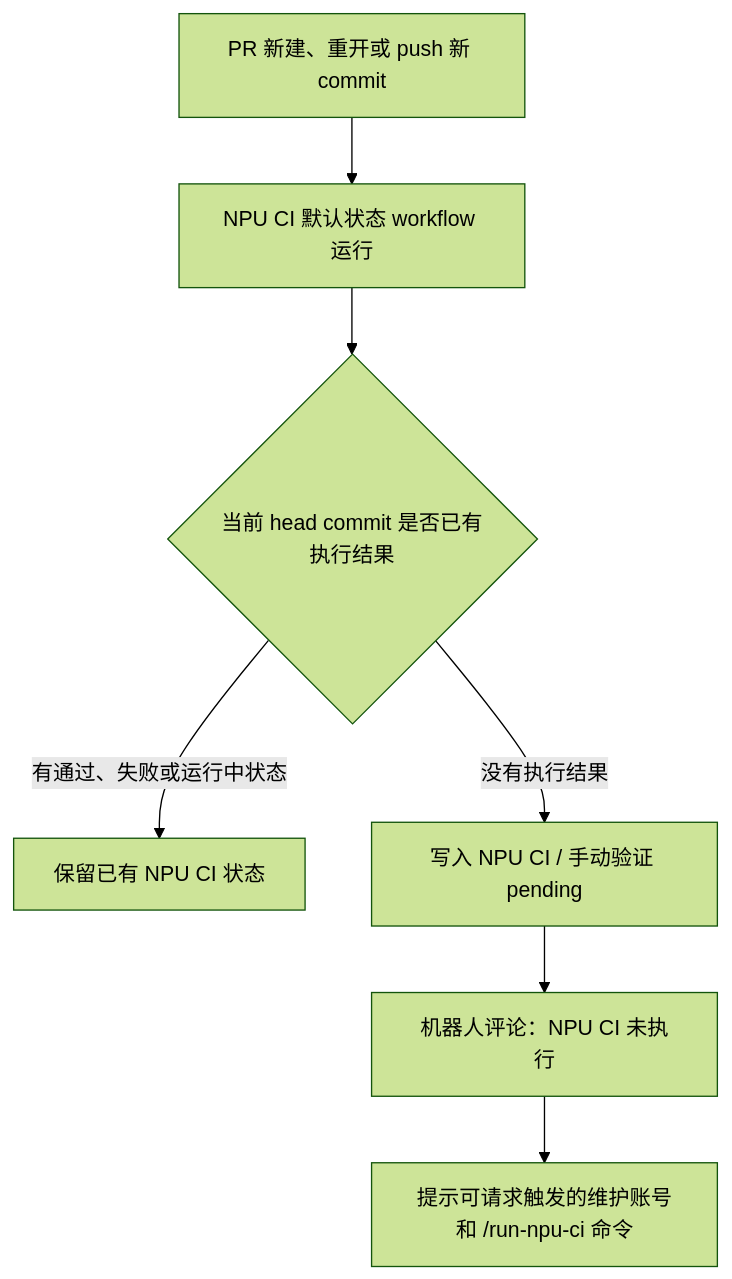
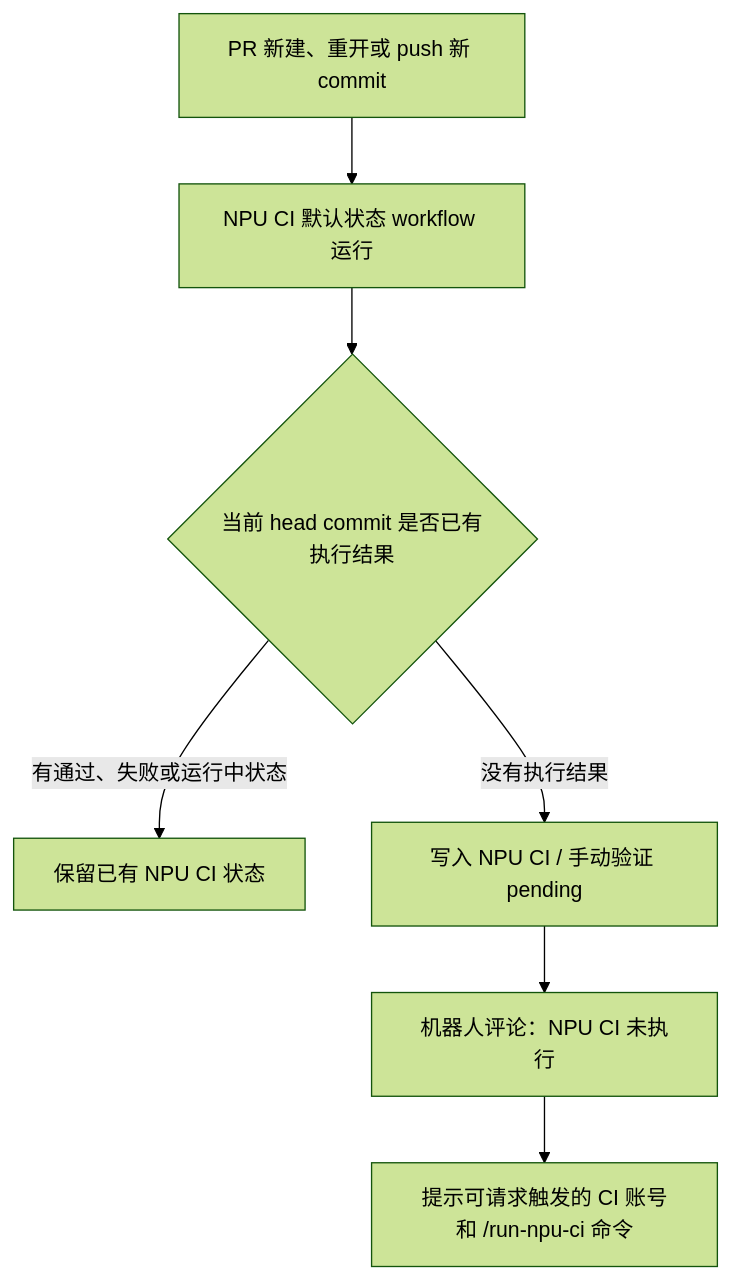
One commit to ZhangYi2026/flash-linear-attention-npu changed the first of 4 diagrams in docs/Fla-npu仓CI部署教程.md. Above: the diagram before and after it, drawn with Mermaid (forest theme). The commit also changed other lines of this file and 7 other files, not shown here.

````diff
--- a/docs/Fla-npu仓CI部署教程.md
+++ b/docs/Fla-npu仓CI部署教程.md
@@ -51,9 +51,9 @@
 ```mermaid
 flowchart TD
     A["PR 新建、重开或 push 新 commit"] --> B["NPU CI 默认状态 workflow 运行"]
     B --> C{"当前 head commit 是否已有执行结果"}
     C -- "有通过、失败或运行中状态" --> D["保留已有 NPU CI 状态"]
     C -- "没有执行结果" --> E["写入 NPU CI / 手动验证 pending"]
     E --> F["机器人评论：NPU CI 未执行"]
-    F --> G["提示可请求触发的维护账号和 /run-npu-ci 命令"]
+    F --> G["提示可请求触发的 CI 账号和 /run-npu-ci 命令"]
 ```
````
